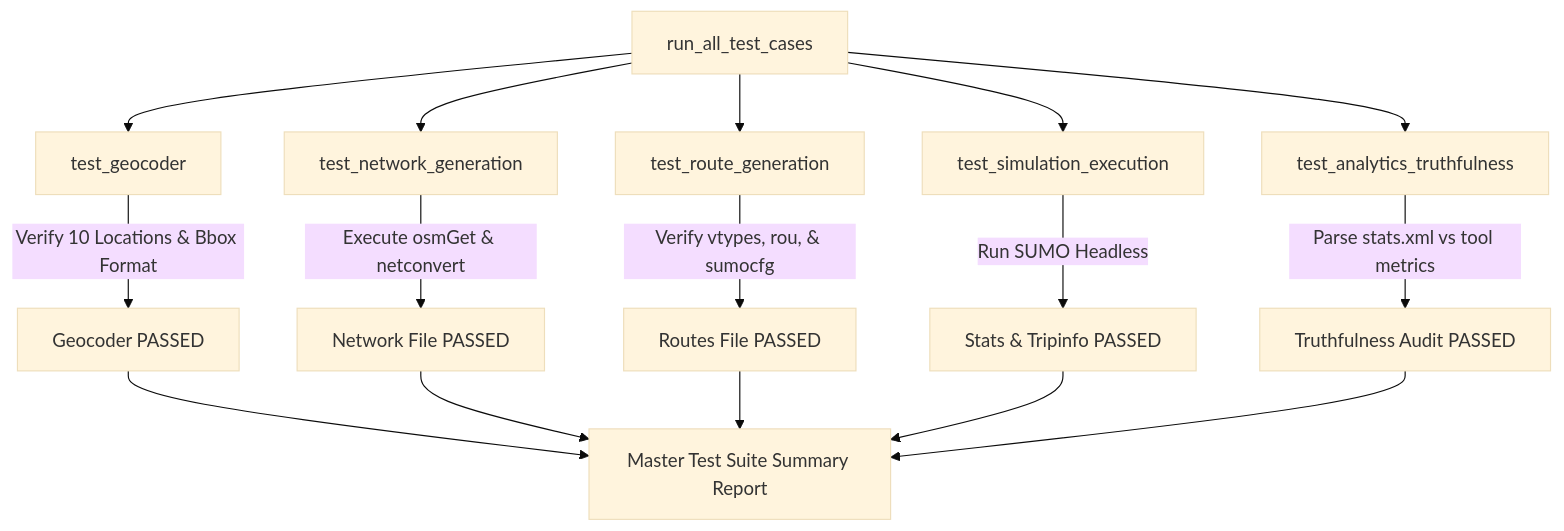
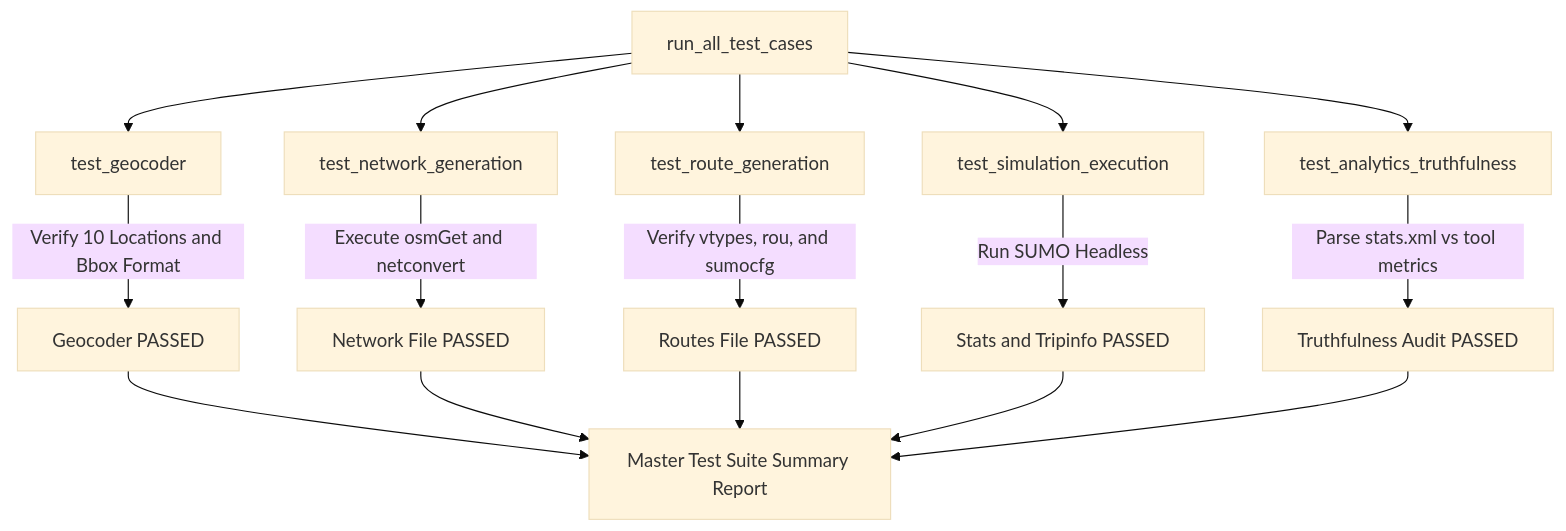
One commit to Sanjay1266/Sumo_ai_mcp changed the second of 2 diagrams in README.md. Above: the diagram before and after it, drawn with Mermaid (base theme). The commit also changed other lines of this file and 2 other files, not shown here.

Commit message:
docs: fix Mermaid syntax rendering errors and add architecture & map images to README

````diff
--- a/README.md
+++ b/README.md
@@ -151,19 +157,19 @@
 ```mermaid
 flowchart TD
-    TA[run_all_test_cases] --> T1[test_geocoder]
-    T1 -->|Verify 10 Locations & Bbox Format| T1_RES[Geocoder PASSED]
+    TA["run_all_test_cases"] --> T1["test_geocoder"]
+    T1 -->|"Verify 10 Locations and Bbox Format"| T1_RES["Geocoder PASSED"]
     
-    TA --> T2[test_network_generation]
-    T2 -->|Execute osmGet & netconvert| T2_RES[Network File PASSED]
+    TA --> T2["test_network_generation"]
+    T2 -->|"Execute osmGet and netconvert"| T2_RES["Network File PASSED"]
     
-    TA --> T3[test_route_generation]
-    T3 -->|Verify vtypes, rou, & sumocfg| T3_RES[Routes File PASSED]
+    TA --> T3["test_route_generation"]
+    T3 -->|"Verify vtypes, rou, and sumocfg"| T3_RES["Routes File PASSED"]
     
-    TA --> T4[test_simulation_execution]
-    T4 -->|Run SUMO Headless| T4_RES[Stats & Tripinfo PASSED]
+    TA --> T4["test_simulation_execution"]
+    T4 -->|"Run SUMO Headless"| T4_RES["Stats and Tripinfo PASSED"]
     
-    TA --> T5[test_analytics_truthfulness]
-    T5 -->|Parse stats.xml vs tool metrics| T5_RES[Truthfulness Audit PASSED]
+    TA --> T5["test_analytics_truthfulness"]
+    T5 -->|"Parse stats.xml vs tool metrics"| T5_RES["Truthfulness Audit PASSED"]
     
-    T1_RES & T2_RES & T3_RES & T4_RES & T5_RES --> TR[Master Test Suite Summary Report]
+    T1_RES & T2_RES & T3_RES & T4_RES & T5_RES --> TR["Master Test Suite Summary Report"]
 ```
````
